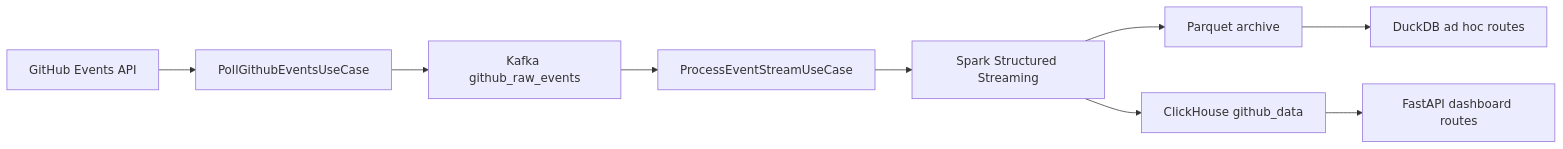
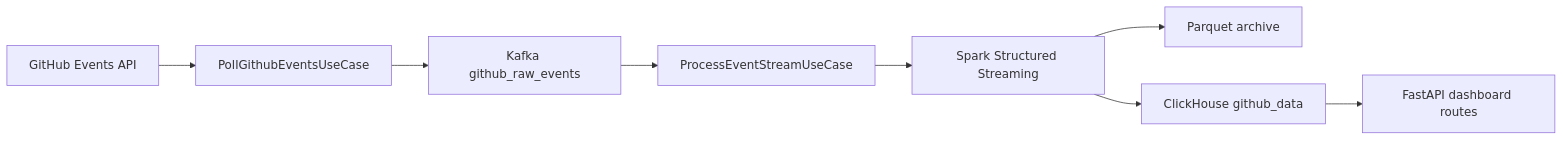
One commit to Himlamtech/Github-Analyzer changed the first of 2 diagrams in docs/ai_usecase_research.md. Above: the diagram before and after it, drawn with Mermaid. The commit also changed other lines of this file and 20 other files, not shown here.

````diff
--- a/docs/ai_usecase_research.md
+++ b/docs/ai_usecase_research.md
@@ -38,11 +38,10 @@
 ```mermaid
 flowchart LR
     A[GitHub Events API] --> B[PollGithubEventsUseCase]
     B --> C[Kafka github_raw_events]
     C --> D[ProcessEventStreamUseCase]
     D --> E[Spark Structured Streaming]
     E --> F[Parquet archive]
     E --> G[ClickHouse github_data]
     G --> H[FastAPI dashboard routes]
-    F --> I[DuckDB ad hoc routes]
 ```
````
